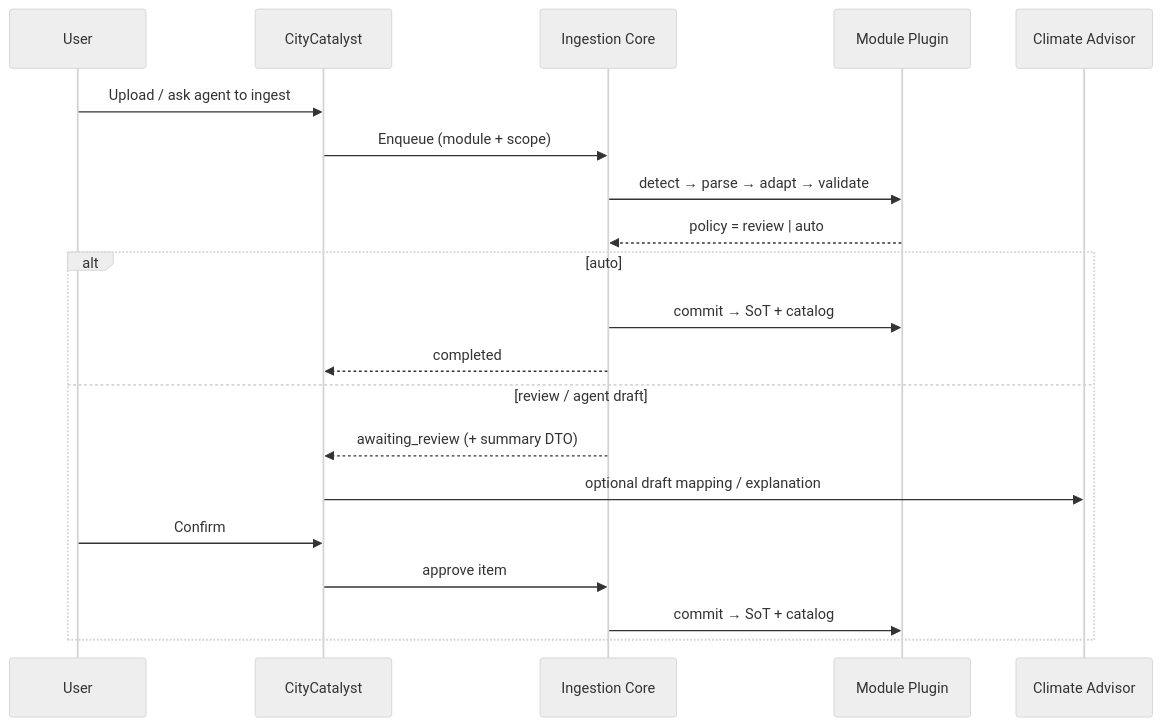
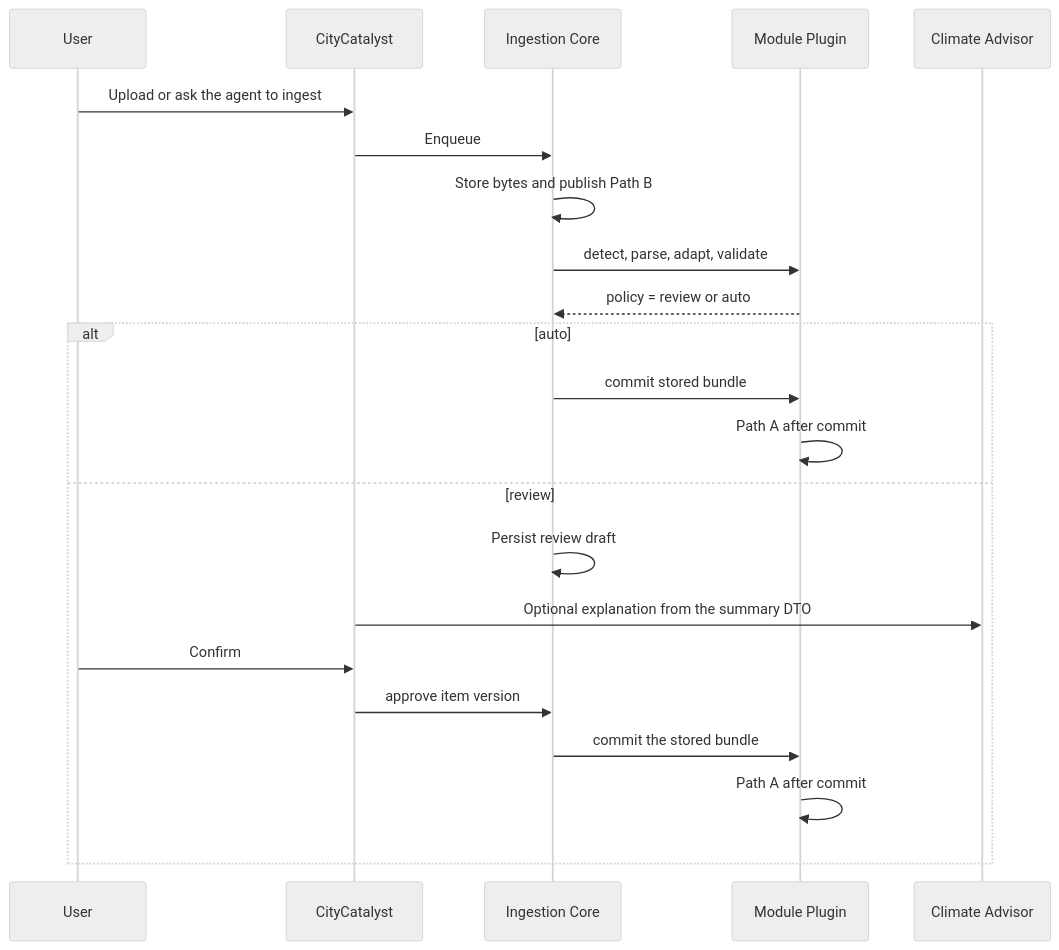
The second of 2 diagrams in docs/GenericFileIngestionArchitecture.md (Open-Earth-Foundation/CityCatalyst), drawn with Mermaid (neutral theme) before and after one commit. The commit also changed other lines of this file, not shown here.

First line of the commit message:
docs: spell out source lifecycle, review durability, and the CA handoff

````diff
--- a/docs/GenericFileIngestionArchitecture.md
+++ b/docs/GenericFileIngestionArchitecture.md
@@ -314,23 +491,25 @@
 ```mermaid
 sequenceDiagram
   participant User
   participant CC as CityCatalyst
   participant Core as Ingestion Core
   participant Plugin as Module Plugin
   participant CA as Climate Advisor
 
-  User->>CC: Upload / ask agent to ingest
-  CC->>Core: Enqueue (module + scope)
-  Core->>Plugin: detect → parse → adapt → validate
-  Plugin-->>Core: policy = review | auto
+  User->>CC: Upload or ask the agent to ingest
+  CC->>Core: Enqueue
+  Core->>Core: Store bytes and publish Path B
+  Core->>Plugin: detect, parse, adapt, validate
+  Plugin-->>Core: policy = review or auto
   alt auto
-    Core->>Plugin: commit → SoT + catalog
-    Core-->>CC: completed
-  else review / agent draft
-    Core-->>CC: awaiting_review (+ summary DTO)
-    CC->>CA: optional draft mapping / explanation
+    Core->>Plugin: commit stored bundle
+    Plugin->>Plugin: Path A after commit
+  else review
+    Core->>Core: Persist review draft
+    CC->>CA: Optional explanation from the summary DTO
     User->>CC: Confirm
-    CC->>Core: approve item
-    Core->>Plugin: commit → SoT + catalog
+    CC->>Core: approve item version
+    Core->>Plugin: commit the stored bundle
+    Plugin->>Plugin: Path A after commit
   end
 ```
````
